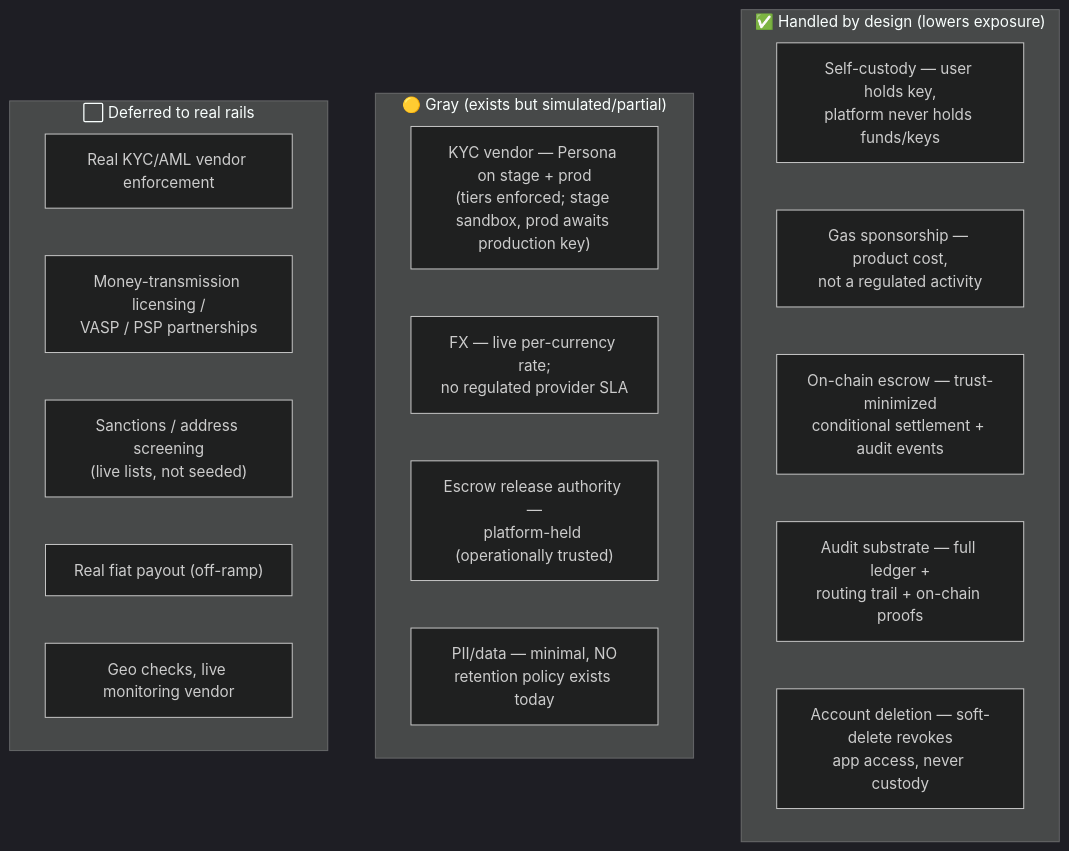
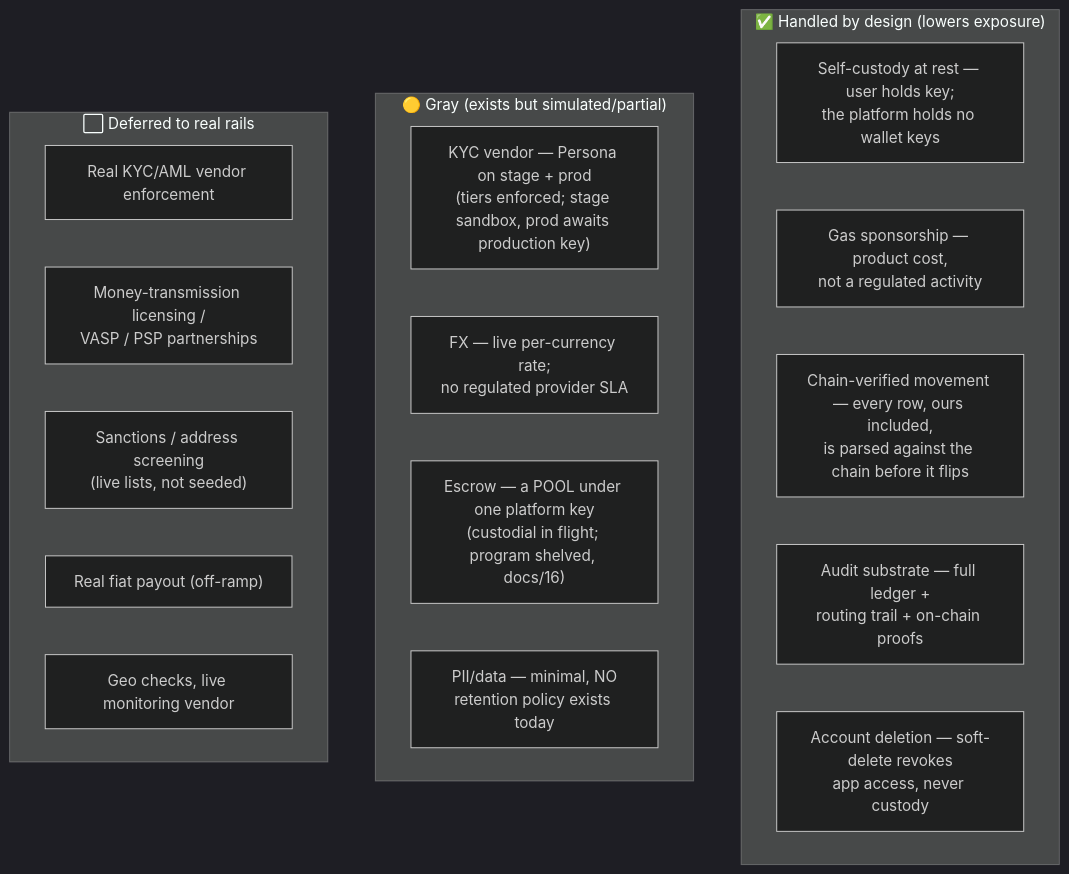
Before and after one commit to unabrijed/frenspay: the diagram in monorepo/docs/08-compliance-and-legalities.md, drawn with Mermaid (dark theme). The commit also changed other lines of this file and 8 other files, not shown here.

First line of the commit message:
docs: 16 — the escrow pool and the shelved program; the keys runbooks

````diff
--- a/monorepo/docs/08-compliance-and-legalities.md
+++ b/monorepo/docs/08-compliance-and-legalities.md
@@ -25,23 +34,23 @@
 ```mermaid
 flowchart TB
     subgraph green["✅ Handled by design (lowers exposure)"]
-      C1["Self-custody — user holds key,<br/>platform never holds funds/keys"]
+      C1["Self-custody at rest — user holds key;<br/>the platform holds no wallet keys"]
       C2["Gas sponsorship — product cost,<br/>not a regulated activity"]
-      C3["On-chain escrow — trust-minimized<br/>conditional settlement + audit events"]
+      C3["Chain-verified movement — every row, ours included,<br/>is parsed against the chain before it flips"]
       C4["Audit substrate — full ledger +<br/>routing trail + on-chain proofs"]
       C5["Account deletion — soft-delete revokes<br/>app access, never custody"]
     end
     subgraph gray["🟡 Gray (exists but simulated/partial)"]
       G1["KYC vendor — Persona on stage + prod<br/>(tiers enforced; stage sandbox, prod awaits production key)"]
       G2["FX — live per-currency rate;<br/>no regulated provider SLA"]
-      G3["Escrow release authority —<br/>platform-held (operationally trusted)"]
+      G3["Escrow — a POOL under one platform key<br/>(custodial in flight; program shelved, docs/16)"]
       G4["PII/data — minimal, NO<br/>retention policy exists today"]
     end
     subgraph red["⬜ Deferred to real rails"]
       R1["Real KYC/AML vendor enforcement"]
       R2["Money-transmission licensing /<br/>VASP / PSP partnerships"]
       R3["Sanctions / address screening<br/>(live lists, not seeded)"]
       R4["Real fiat payout (off-ramp)"]
       R5["Geo checks, live monitoring vendor"]
     end
 ```
````
